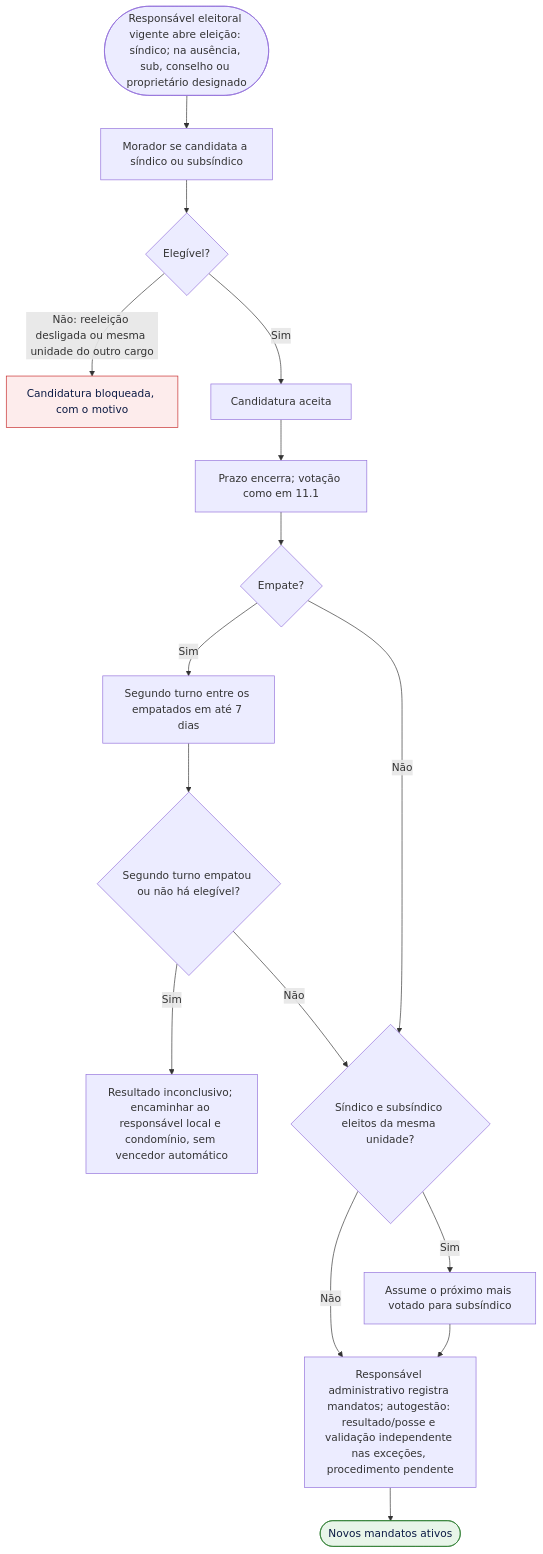
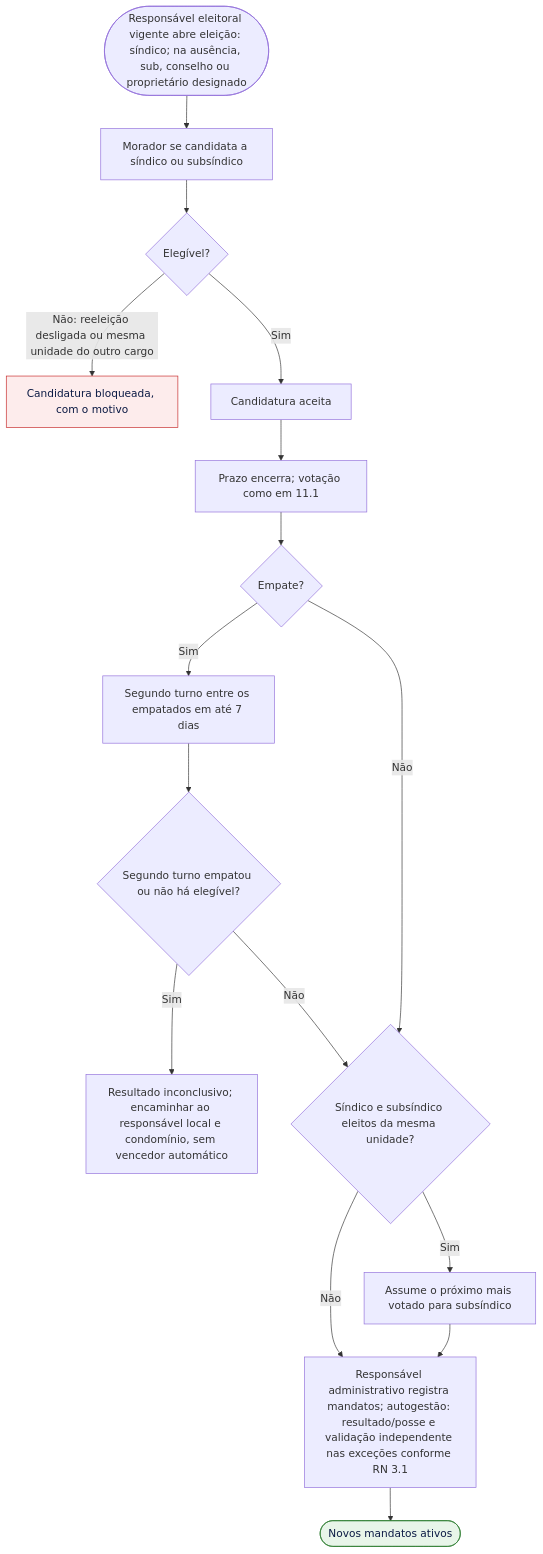
Before and after one commit to pedrolems/CondomiFacil: diagram 25 of 32 in docs/02-design/02-user-flows.md, drawn with Mermaid. The commit also changed other lines of this file and 33 other files, not shown here.

````diff
--- a/docs/02-design/02-user-flows.md
+++ b/docs/02-design/02-user-flows.md
@@ -1151,22 +1168,22 @@
 ```mermaid
 flowchart TD
     A(["Responsável eleitoral vigente abre eleição: síndico; na ausência, sub, conselho ou proprietário designado"]) --> B["Morador se candidata a síndico ou subsíndico"]
     B --> C{"Elegível?"}
     C -->|"Não: reeleição desligada ou mesma unidade do outro cargo"| E1["Candidatura bloqueada, com o motivo"]
     C -->|"Sim"| D["Candidatura aceita"]
     D --> F["Prazo encerra; votação como em 11.1"]
     F --> G{"Empate?"}
     G -->|"Sim"| H["Segundo turno entre os empatados em até 7 dias"]
     H --> H1{"Segundo turno empatou ou não há elegível?"}
     H1 -->|"Sim"| INC["Resultado inconclusivo; encaminhar ao responsável local e condomínio, sem vencedor automático"]
     H1 -->|"Não"| I
     G -->|"Não"| I{"Síndico e subsíndico eleitos da mesma unidade?"}
     I -->|"Sim"| J["Assume o próximo mais votado para subsíndico"]
     I -->|"Não"| K
-    J --> K["Responsável administrativo registra mandatos; autogestão: resultado/posse e validação independente nas exceções, procedimento pendente"]
+    J --> K["Responsável administrativo registra mandatos; autogestão: resultado/posse e validação independente nas exceções conforme RN 3.1"]
     K --> Z(["Novos mandatos ativos"])
     classDef ok fill:#E8F5E9,stroke:#2E7D32,color:#0B1A44
     classDef erro fill:#FDECEC,stroke:#C62828,color:#0B1A44
     class Z ok
     class E1 erro
 ```
````
